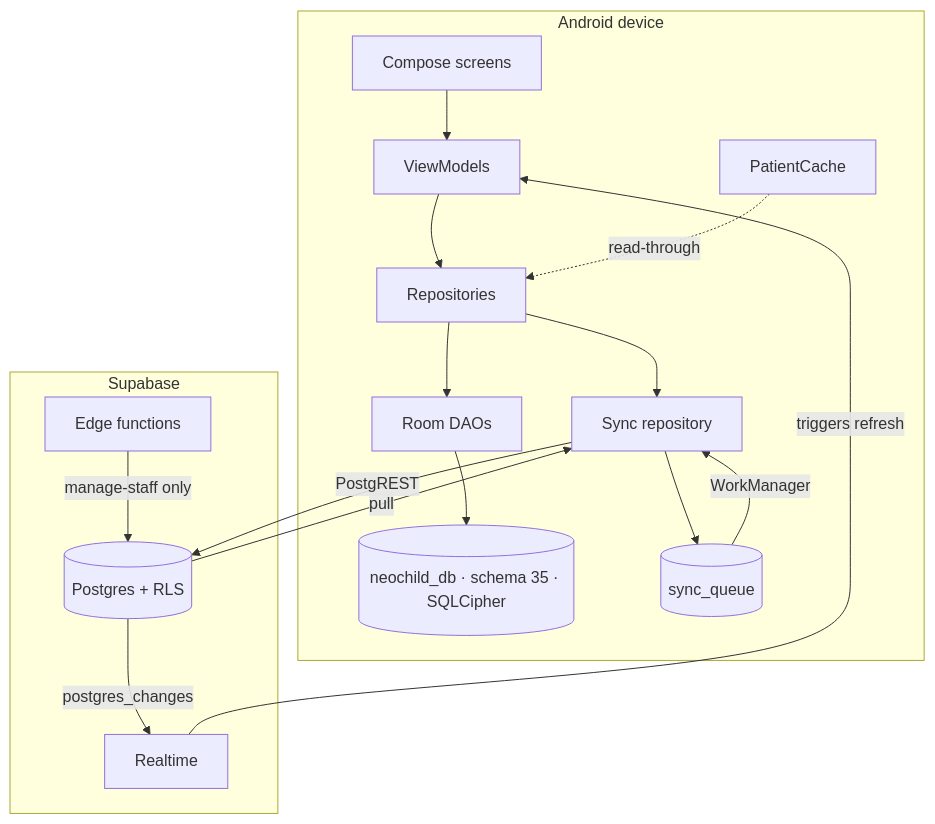
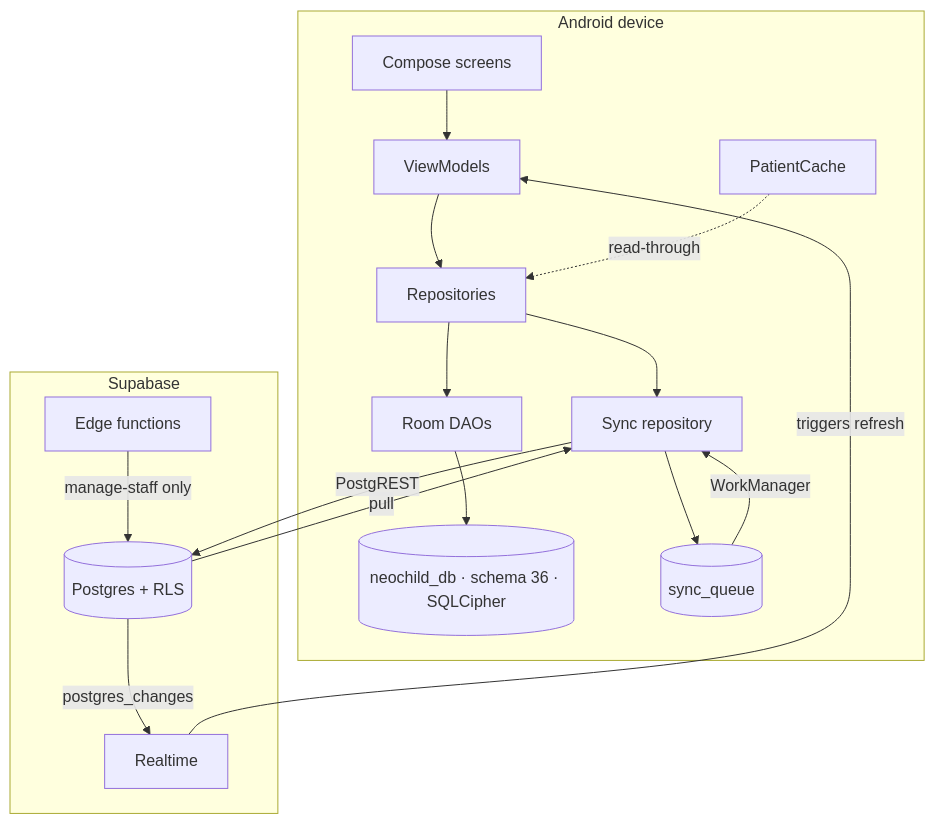
One commit to CyferBoy/Neo_Child_Clinic changed the diagram in docs/Knowledge_Base/Home.md. Above: the diagram before and after it, drawn with Mermaid. The commit also changed other lines of this file and 17 other files, not shown here.

````diff
--- a/docs/Knowledge_Base/Home.md
+++ b/docs/Knowledge_Base/Home.md
@@ -85,25 +85,25 @@
 ```mermaid
 graph TB
     subgraph Device["Android device"]
         UI[Compose screens] --> VM[ViewModels]
         VM --> REPO[Repositories]
         REPO --> DAO[Room DAOs]
         REPO --> SYNC[Sync repository]
-        DAO --> DB[("neochild_db · schema 35 · SQLCipher")]
+        DAO --> DB[("neochild_db · schema 36 · SQLCipher")]
         SYNC --> Q[("sync_queue")]
         PC[PatientCache] -.read-through.-> REPO
     end
 
     subgraph Cloud["Supabase"]
         PG[("Postgres + RLS")]
         FN[Edge functions]
         RT[Realtime]
     end
 
     Q -->|WorkManager| SYNC
     SYNC -->|PostgREST| PG
     PG -->|pull| SYNC
     PG -->|postgres_changes| RT
     RT -->|triggers refresh| VM
     FN -->|manage-staff only| PG
 ```
````
